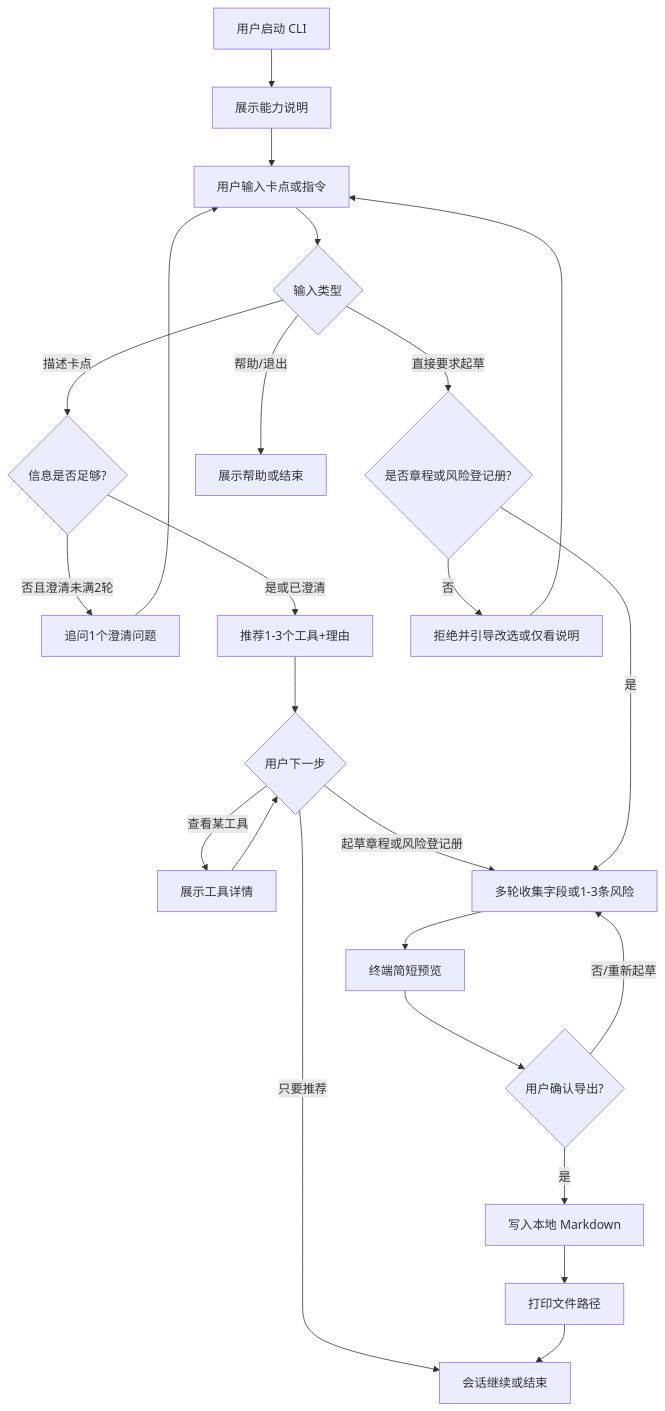
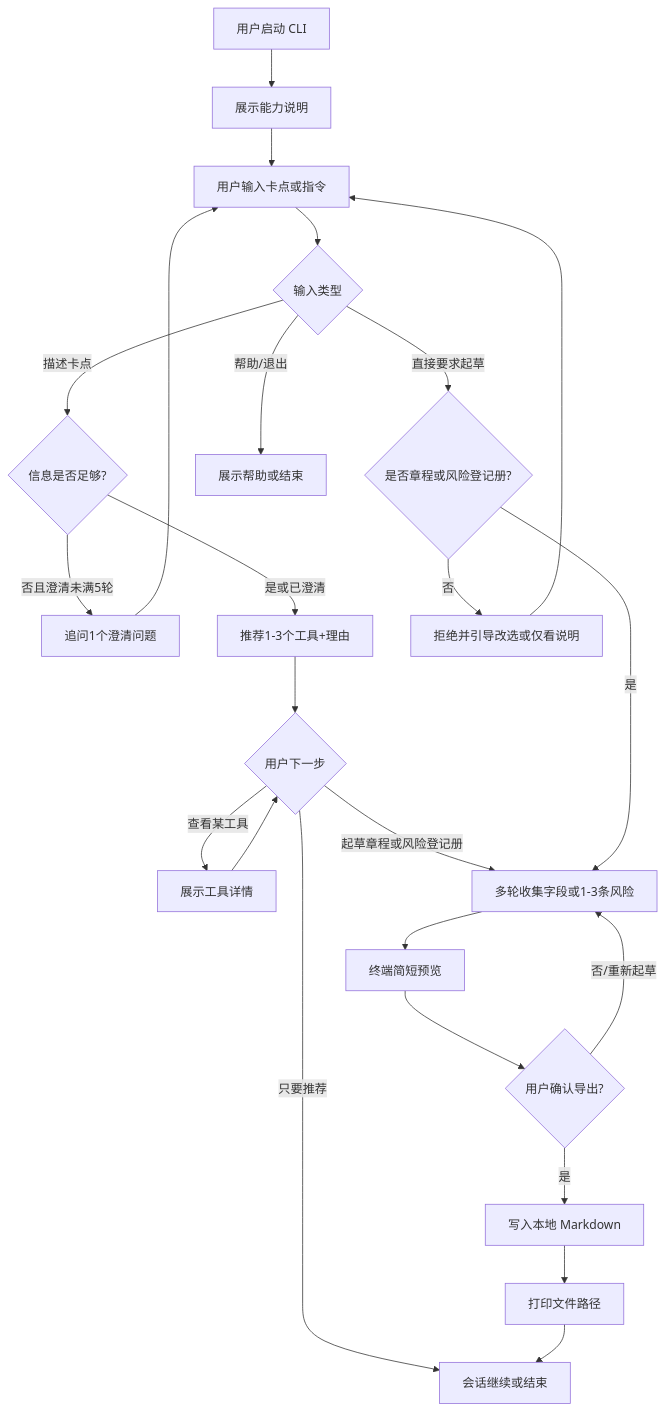
Before and after one commit to goldwish1/PM-Agent: the second of 2 diagrams in doc/PM-Agent-MVP-PRD.md, drawn with Mermaid. The commit also changed other lines of this file and 5 other files, not shown here.

````diff
--- a/doc/PM-Agent-MVP-PRD.md
+++ b/doc/PM-Agent-MVP-PRD.md
@@ -130,26 +130,26 @@
 ```mermaid
 flowchart TD
     A[用户启动 CLI] --> B[展示能力说明]
     B --> C[用户输入卡点或指令]
     C --> D{输入类型}
     D -->|描述卡点| E{信息是否足够?}
-    E -->|否且澄清未满2轮| F[追问1个澄清问题]
+    E -->|否且澄清未满5轮| F[追问1个澄清问题]
     F --> C
     E -->|是或已澄清| G[推荐1-3个工具+理由]
     G --> H{用户下一步}
     H -->|只要推荐| I[会话继续或结束]
     H -->|查看某工具| J[展示工具详情]
     J --> H
     H -->|起草章程或风险登记册| K[多轮收集字段或1-3条风险]
     K --> L[终端简短预览]
     L --> M{用户确认导出?}
     M -->|否/重新起草| K
     M -->|是| N[写入本地 Markdown]
     N --> O[打印文件路径]
     O --> I
     D -->|直接要求起草| P{是否章程或风险登记册?}
     P -->|是| K
     P -->|否| Q[拒绝并引导改选或仅看说明]
     Q --> C
     D -->|帮助/退出| R[展示帮助或结束]
 ```
````
